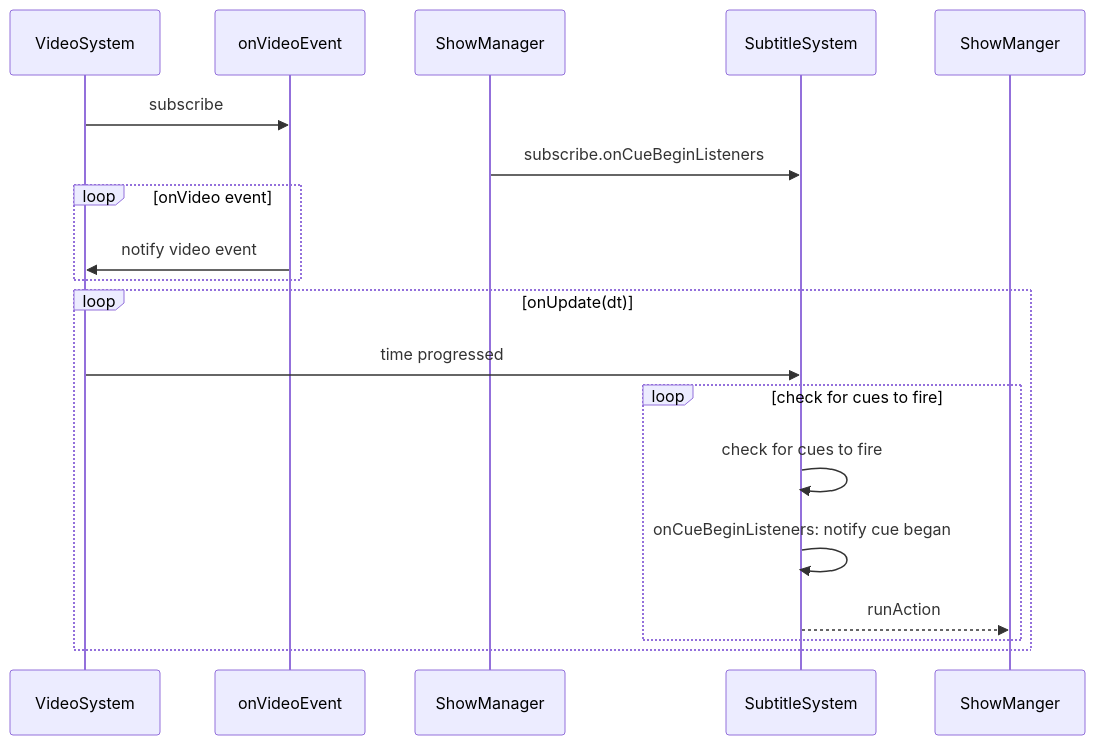
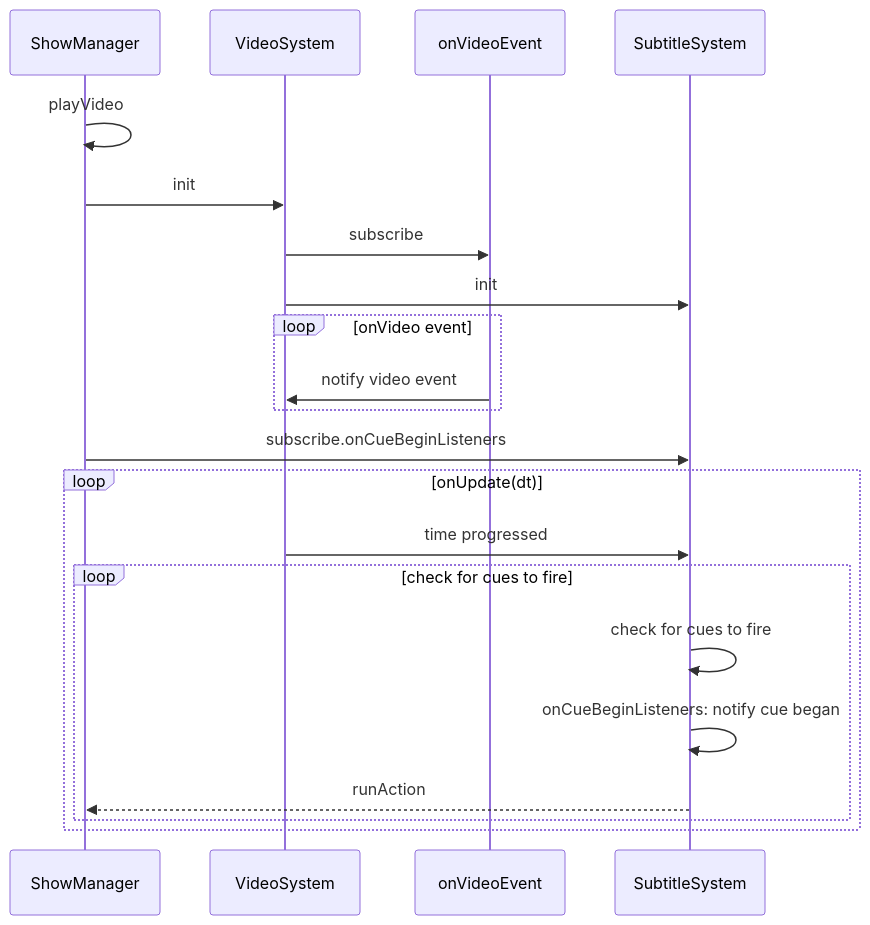
Before and after one commit to decentraland/show-management: the first of 2 diagrams in README.md, drawn with Mermaid. The commit also changed other lines of this file and 2 other files, not shown here.

Commit message:
move diagrams to readme

````diff
--- a/README.md
+++ b/README.md
@@ -544,18 +544,21 @@
 ```mermaid
 sequenceDiagram
     
+    ShowManager->> ShowManager : playVideo
+    ShowManager->> VideoSystem : init
     VideoSystem->>onVideoEvent: subscribe
-    ShowManager->> SubtitleSystem : subscribe.onCueBeginListeners
+    VideoSystem->> SubtitleSystem : init
     loop onVideo event
         onVideoEvent->>VideoSystem: notify video event
     end
+    ShowManager->> SubtitleSystem : subscribe.onCueBeginListeners
     loop onUpdate(dt)
         VideoSystem->>SubtitleSystem: time progressed
         loop check for cues to fire
             SubtitleSystem->>SubtitleSystem: check for cues to fire
             SubtitleSystem->>SubtitleSystem : onCueBeginListeners: notify cue began
-            SubtitleSystem-->>ShowManger : runAction
+            SubtitleSystem-->>ShowManager : runAction
         end
     end
     
 ```
````
